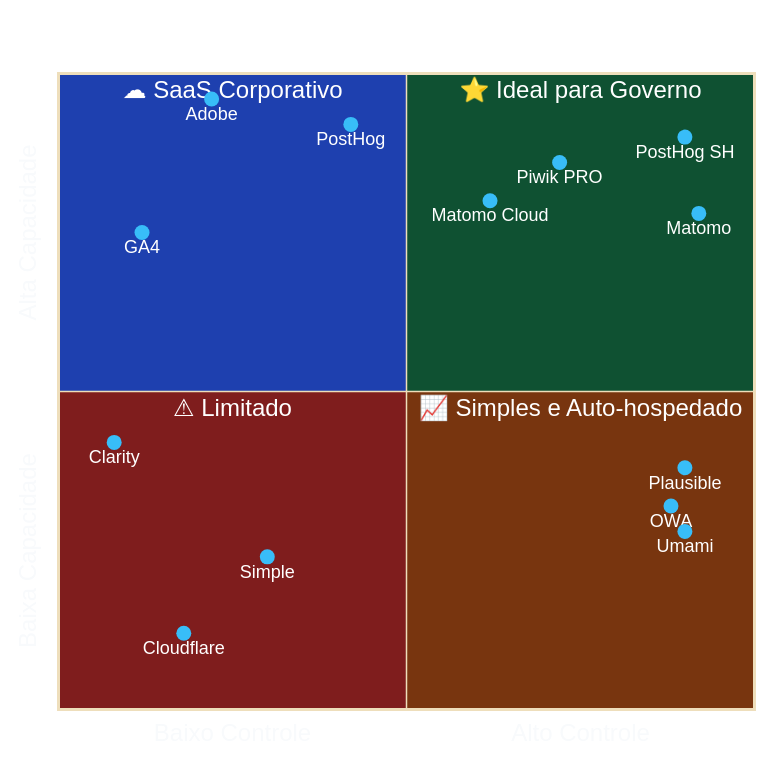
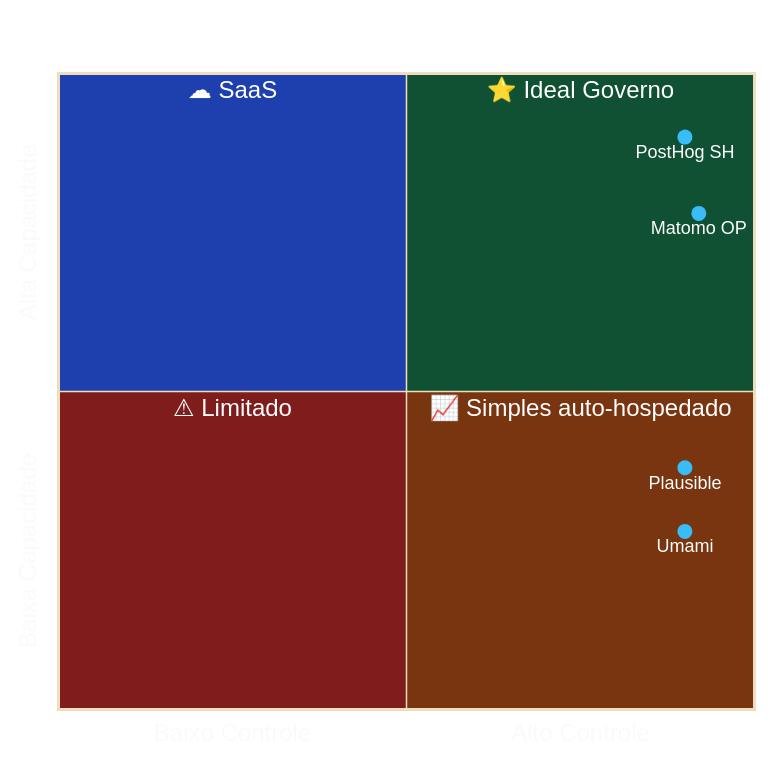
One commit to fabioramos-02/tradeoff-analytics changed the diagram in docs/04-mercado.md. Above: the diagram before and after it, drawn with Mermaid. The commit also changed other lines of this file and 23 other files, not shown here.

Commit message:
feat: establish analytics architecture documentation including ADR-002 and supporting comparative studies

````diff
--- a/docs/04-mercado.md
+++ b/docs/04-mercado.md
@@ -33,54 +35,15 @@
 ```mermaid
-%%{init: {
-  "theme": "base",
-  "themeVariables": {
-    "quadrant1Fill": "#0F5132",
-    "quadrant2Fill": "#1E40AF",
-    "quadrant3Fill": "#7F1D1D",
-    "quadrant4Fill": "#78350F",
-
-    "quadrant1TextFill": "#FFFFFF",
-    "quadrant2TextFill": "#FFFFFF",
-    "quadrant3TextFill": "#FFFFFF",
-    "quadrant4TextFill": "#FFFFFF",
-
-    "quadrantPointFill": "#38BDF8",
-    "quadrantPointTextFill": "#FFFFFF",
-
-    "quadrantXAxisTextFill": "#F8FAFC",
-    "quadrantYAxisTextFill": "#F8FAFC",
-
-    "quadrantTitleFill": "#FFFFFF",
-
-    "mainBkg": "#0F172A",
-    "primaryTextColor": "#F8FAFC",
-    "lineColor": "#94A3B8",
-    "textColor": "#F8FAFC"
-  }
-}}%%
-
+%%{init: {"theme": "base","themeVariables": {"quadrant1Fill":"#0F5132","quadrant2Fill":"#1E40AF","quadrant3Fill":"#7F1D1D","quadrant4Fill":"#78350F","quadrant1TextFill":"#FFF","quadrant2TextFill":"#FFF","quadrant3TextFill":"#FFF","quadrant4TextFill":"#FFF","quadrantPointFill":"#38BDF8","quadrantPointTextFill":"#FFF","quadrantXAxisTextFill":"#F8FAFC","quadrantYAxisTextFill":"#F8FAFC","quadrantTitleFill":"#FFF","mainBkg":"#0F172A","primaryTextColor":"#F8FAFC","lineColor":"#94A3B8","textColor":"#F8FAFC"}}}%%
 quadrantChart
     title Controle dos Dados × Capacidade Analítica
-
     x-axis Baixo Controle --> Alto Controle
     y-axis Baixa Capacidade --> Alta Capacidade
-
-    quadrant-1 "⭐ Ideal para Governo"
-    quadrant-2 "☁ SaaS Corporativo"
+    quadrant-1 "⭐ Ideal Governo"
+    quadrant-2 "☁ SaaS"
     quadrant-3 "⚠ Limitado"
-    quadrant-4 "📈 Simples e Auto-hospedado"
-
-    "Matomo": [0.92,0.78]
-    "Matomo Cloud": [0.62,0.80]
-    "Piwik PRO": [0.72,0.86]
+    quadrant-4 "📈 Simples auto-hospedado"
+    "Matomo OP": [0.92,0.78]
     "PostHog SH": [0.90,0.90]
-    "PostHog": [0.42,0.92]
     "Plausible": [0.90,0.38]
     "Umami": [0.90,0.28]
-    "GA4": [0.12,0.75]
-    "Adobe": [0.22,0.96]
-    "Clarity": [0.08,0.42]
-    "Simple": [0.30,0.24]
-    "Cloudflare": [0.18,0.12]
-    "OWA": [0.88,0.32]
 ```
````
